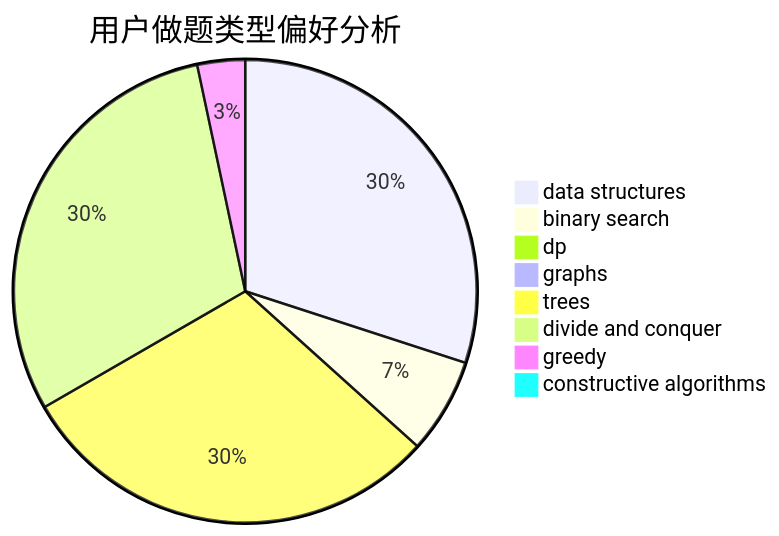
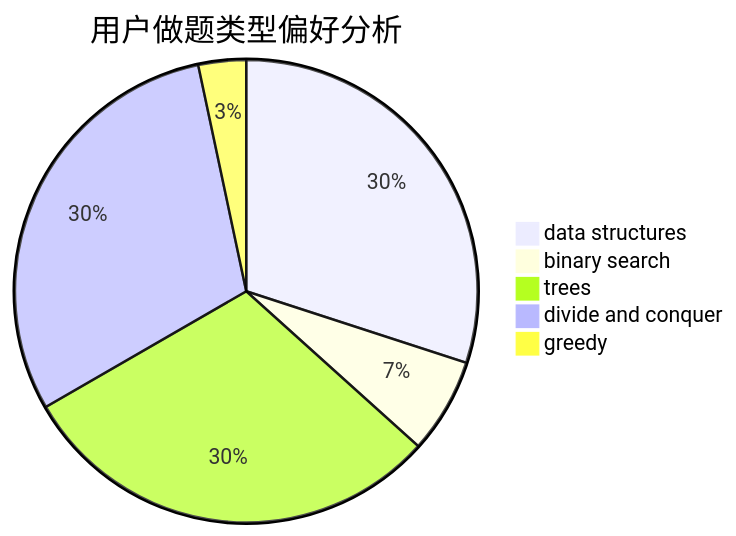
Before and after one commit to sherpahu/cfrs.github.io: the second of 3 diagrams in docs/user/u1193.md, drawn with Mermaid. The commit also changed other lines of this file and 2770 other files, not shown here.

````diff
--- a/docs/user/u1193.md
+++ b/docs/user/u1193.md
@@ -18,11 +15,8 @@
 ```mermaid
 pie title 用户做题类型偏好分析
     "data structures" :  9
     "binary search" :  2
-    "dp" :  0
-    "graphs" :  0
     "trees" :  9
     "divide and conquer" :  9
     "greedy" :  1
-    "constructive algorithms" :  0
 ```
````
